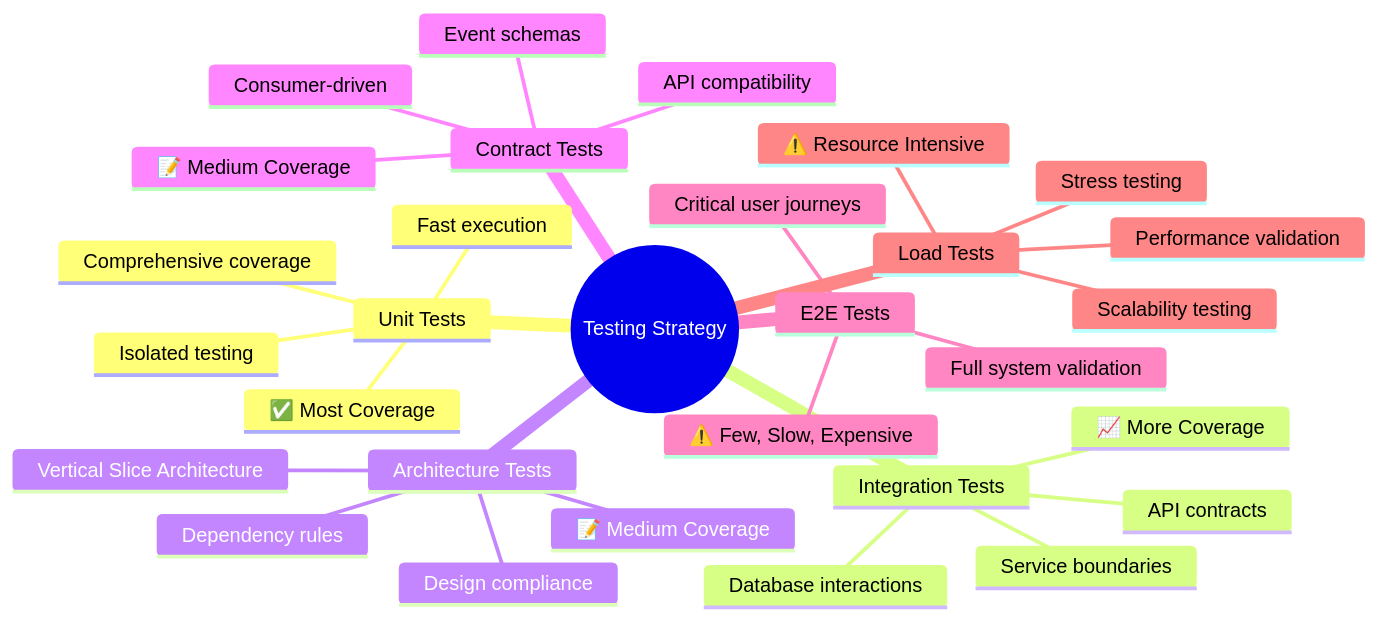
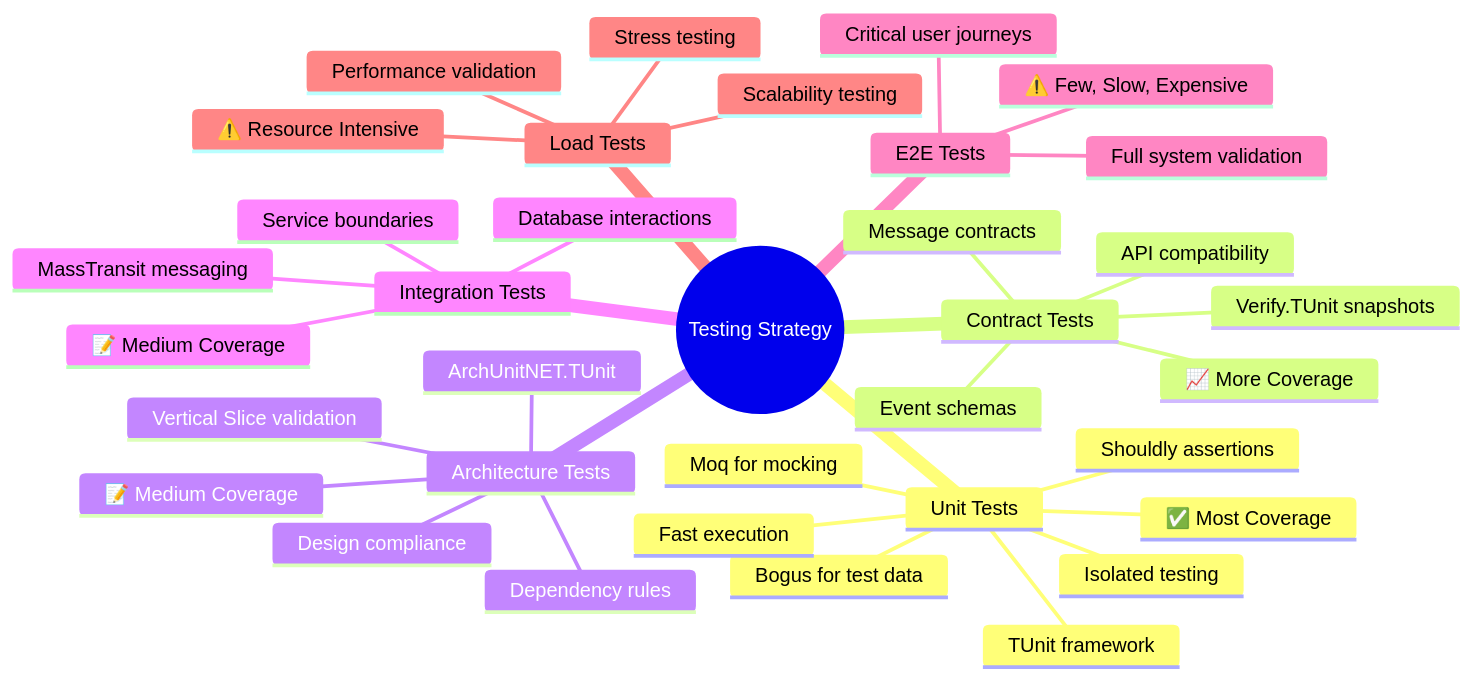
Before and after one commit to foxminchan/BookWorm: the third of 3 diagrams in docs/docusaurus/docs/04-solution-strategy.mdx, drawn with Mermaid. The commit also changed other lines of this file and 100 other files, not shown here.

````diff
--- a/docs/docusaurus/docs/04-solution-strategy.mdx
+++ b/docs/docusaurus/docs/04-solution-strategy.mdx
@@ -223,33 +311,38 @@
 ```mermaid
 mindmap
     root((Testing Strategy))
         Unit Tests
+            TUnit framework
+            Moq for mocking
+            Bogus for test data
+            Shouldly assertions
             Fast execution
             Isolated testing
-            Comprehensive coverage
             ✅ Most Coverage
+        Contract Tests
+            Verify.TUnit snapshots
+            API compatibility
+            Event schemas
+            Message contracts
+            📈 More Coverage
+        Architecture Tests
+            ArchUnitNET.TUnit
+            Design compliance
+            Dependency rules
+            Vertical Slice validation
+            📝 Medium Coverage
         Integration Tests
             Service boundaries
-            API contracts
             Database interactions
-            📈 More Coverage
-        Architecture Tests
-            Design compliance
-            Dependency rules
-            Vertical Slice Architecture
-            📝 Medium Coverage
-        Contract Tests
-            API compatibility
-            Event schemas
-            Consumer-driven
+            MassTransit messaging
             📝 Medium Coverage
         E2E Tests
             Critical user journeys
             Full system validation
             ⚠️ Few, Slow, Expensive
         Load Tests
             Performance validation
             Scalability testing
             Stress testing
             ⚠️ Resource Intensive
 ```
````
